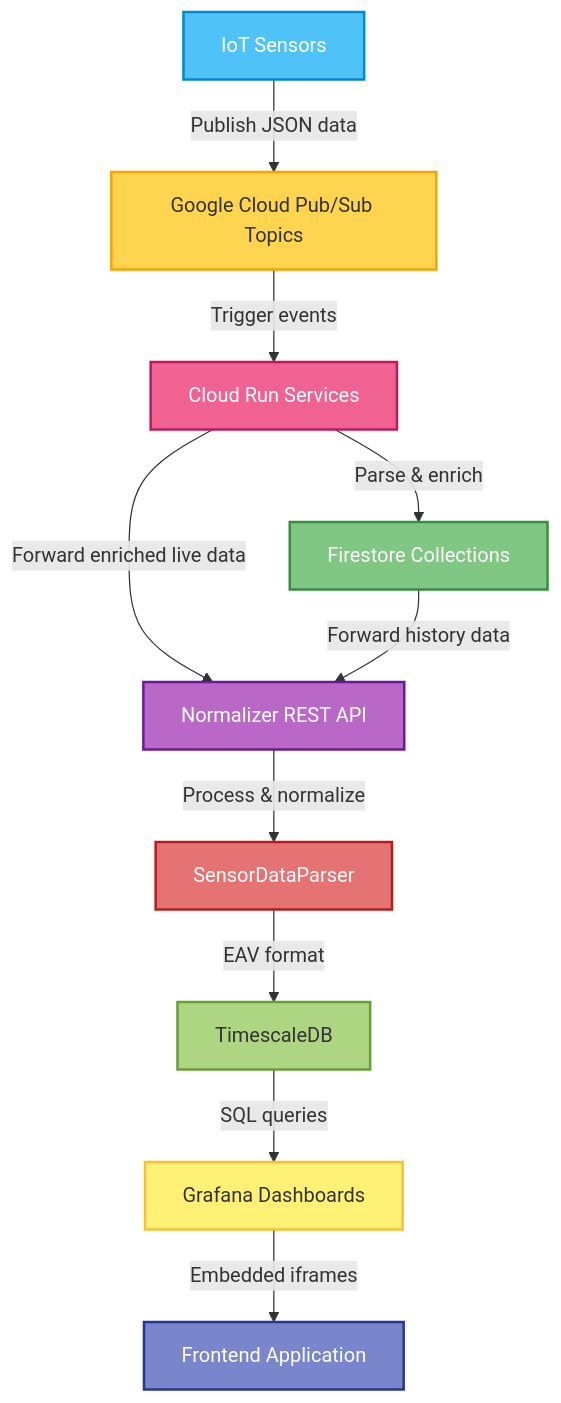
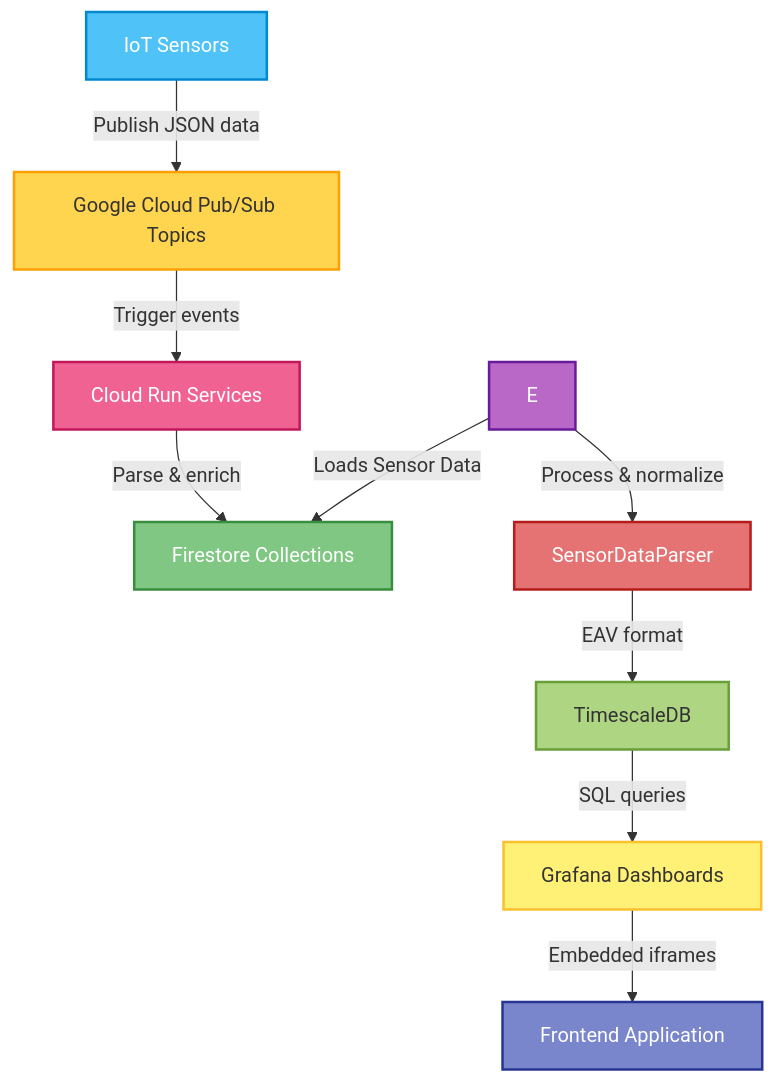
Before and after one commit to SamuliLam/firestore-grafana-pipeline: the diagram in docs/01_Functional_Specification.md, drawn with Mermaid.

````diff
--- a/docs/01_Functional_Specification.md
+++ b/docs/01_Functional_Specification.md
@@ -85,22 +85,21 @@
 ```mermaid
 graph TD
     A[IoT Sensors] -->|Publish JSON data| B[Google Cloud Pub/Sub Topics]
     B -->|Trigger events| C[Cloud Run Services]
     C -->|Parse & enrich| D[Firestore Collections]
-    C -->|Forward enriched live data| E[Normalizer REST API]
-    D -->|Forward history data| E[Normalizer REST API]
+    E -->|Loads Sensor Data| D[Firestore Collections]
     E -->|Process & normalize| F[SensorDataParser]
     F -->|EAV format| G[TimescaleDB]
     G -->|SQL queries| H[Grafana Dashboards]
     H -->|Embedded iframes| I[Frontend Application]
     
     style A fill:#4FC3F7,stroke:#0288D1,stroke-width:2px,color:#fff
 style B fill:#FFD54F,stroke:#FFA000,stroke-width:2px,color:#333
 style C fill:#F06292,stroke:#C2185B,stroke-width:2px,color:#fff
 style D fill:#81C784,stroke:#388E3C,stroke-width:2px,color:#fff
 style E fill:#BA68C8,stroke:#6A1B9A,stroke-width:2px,color:#fff
 style F fill:#E57373,stroke:#B71C1C,stroke-width:2px,color:#fff
 style G fill:#AED581,stroke:#689F38,stroke-width:2px,color:#333
 style H fill:#FFF176,stroke:#FBC02D,stroke-width:2px,color:#333
 style I fill:#7986CB,stroke:#283593,stroke-width:2px,color:#fff
 ```
````
